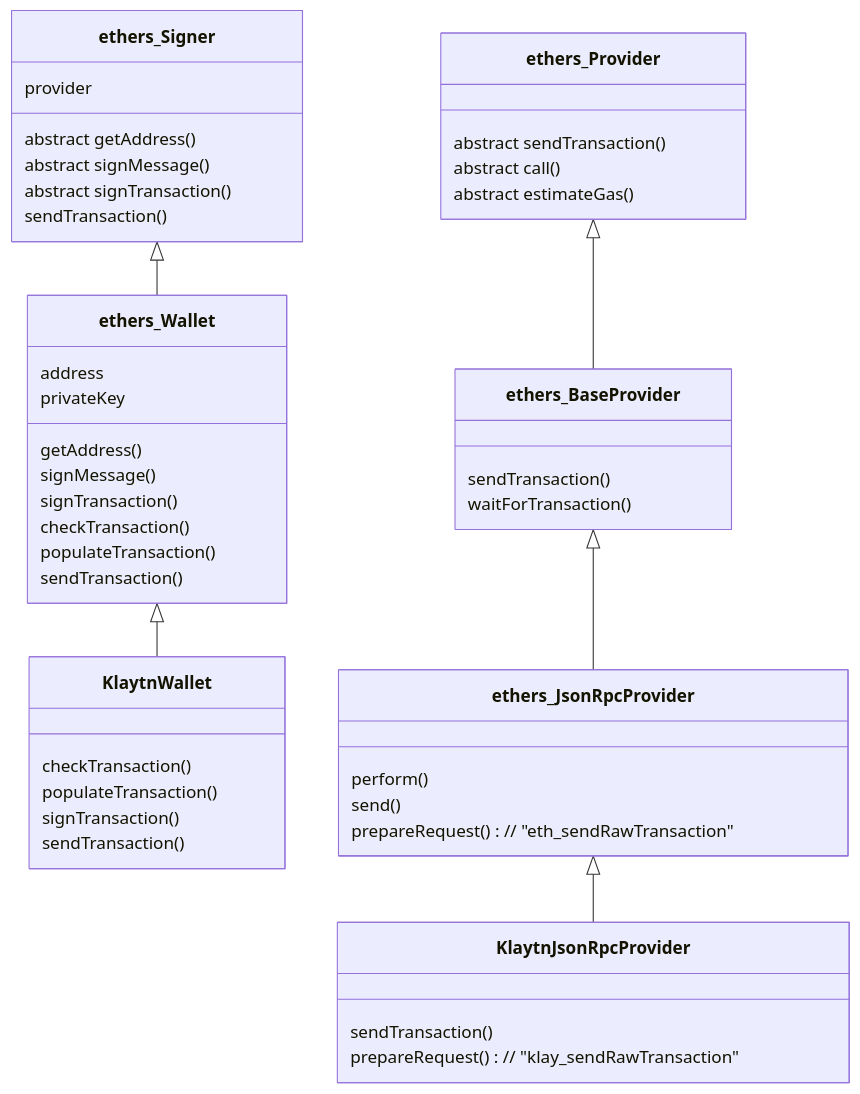
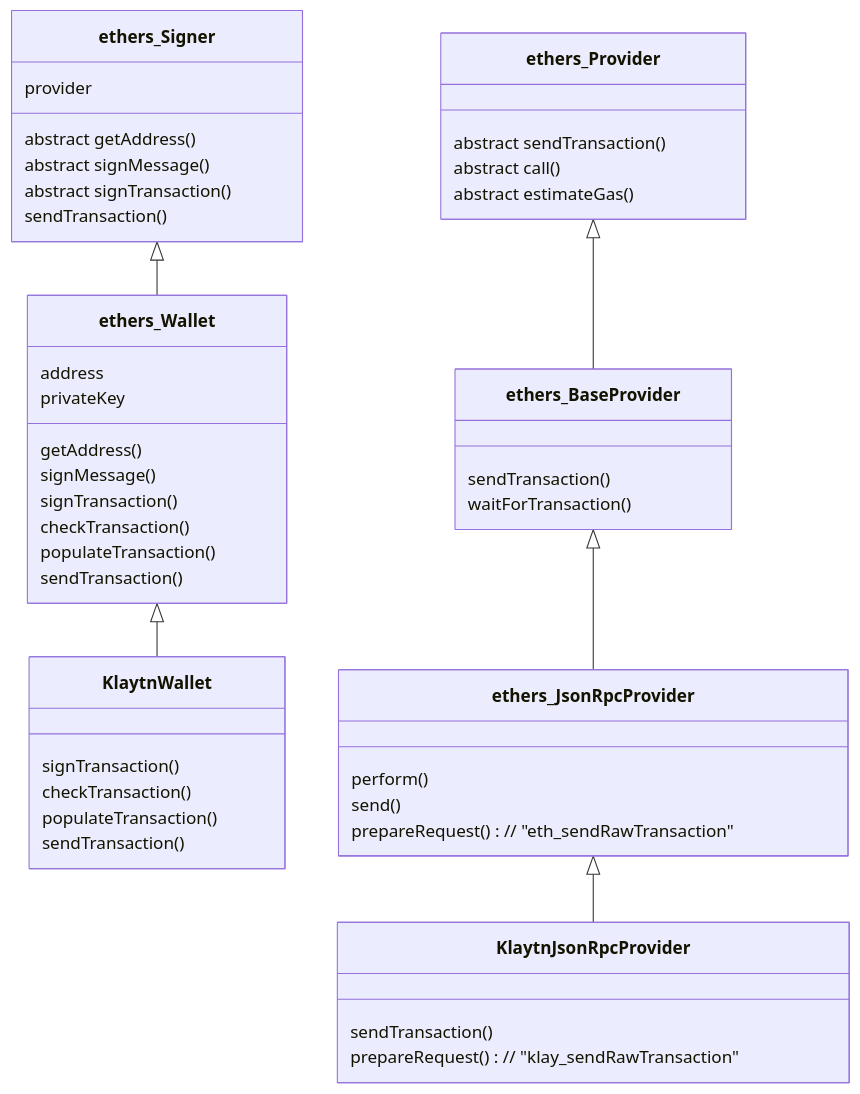
The second of 2 diagrams in README.md (blukat29/klaytn-sdk-design), drawn with Mermaid before and after one commit. The commit also changed other lines of this file and 2 other files, not shown here.

````diff
--- a/README.md
+++ b/README.md
@@ -78,50 +78,50 @@
 ```mermaid
 classDiagram
   ethers_Wallet <|-- KlaytnWallet
   ethers_Signer <|-- ethers_Wallet
   class ethers_Signer {
     provider
     abstract getAddress()
     abstract signMessage()
     abstract signTransaction()
     sendTransaction()
   }
   class ethers_Wallet {
     address
     privateKey
     getAddress()
     signMessage()
     signTransaction()
     checkTransaction()
     populateTransaction()
     sendTransaction()
   }
   class KlaytnWallet {
+    signTransaction()
     checkTransaction()
     populateTransaction()
-    signTransaction()
     sendTransaction()
   }
 
   ethers_Provider <|-- ethers_BaseProvider
   ethers_BaseProvider <|-- ethers_JsonRpcProvider
   ethers_JsonRpcProvider <|-- KlaytnJsonRpcProvider
   class ethers_Provider {
     abstract sendTransaction()
     abstract call()
     abstract estimateGas()
   }
   class ethers_BaseProvider {
     sendTransaction()
     waitForTransaction()
   }
   class ethers_JsonRpcProvider {
     perform()
     send()
     prepareRequest() // "eth_sendRawTransaction"
   }
   class KlaytnJsonRpcProvider {
     sendTransaction()
     prepareRequest() // "klay_sendRawTransaction"
   }
 ```
````
